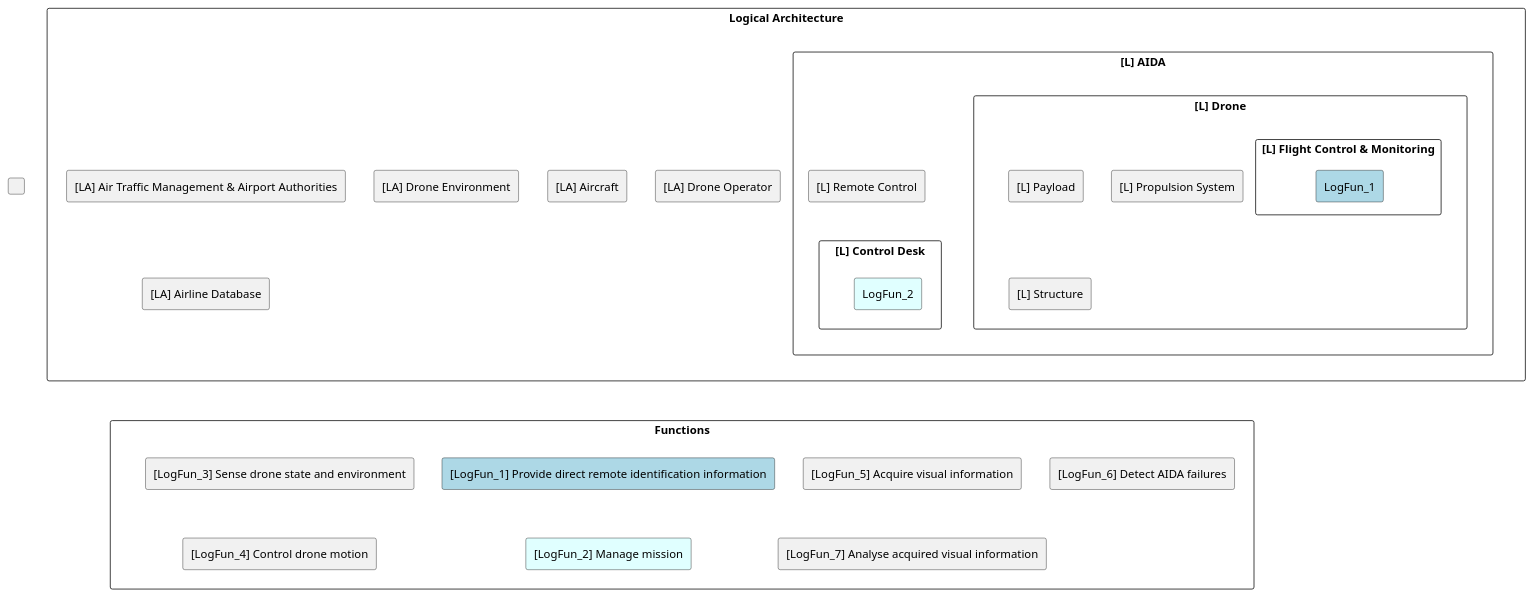
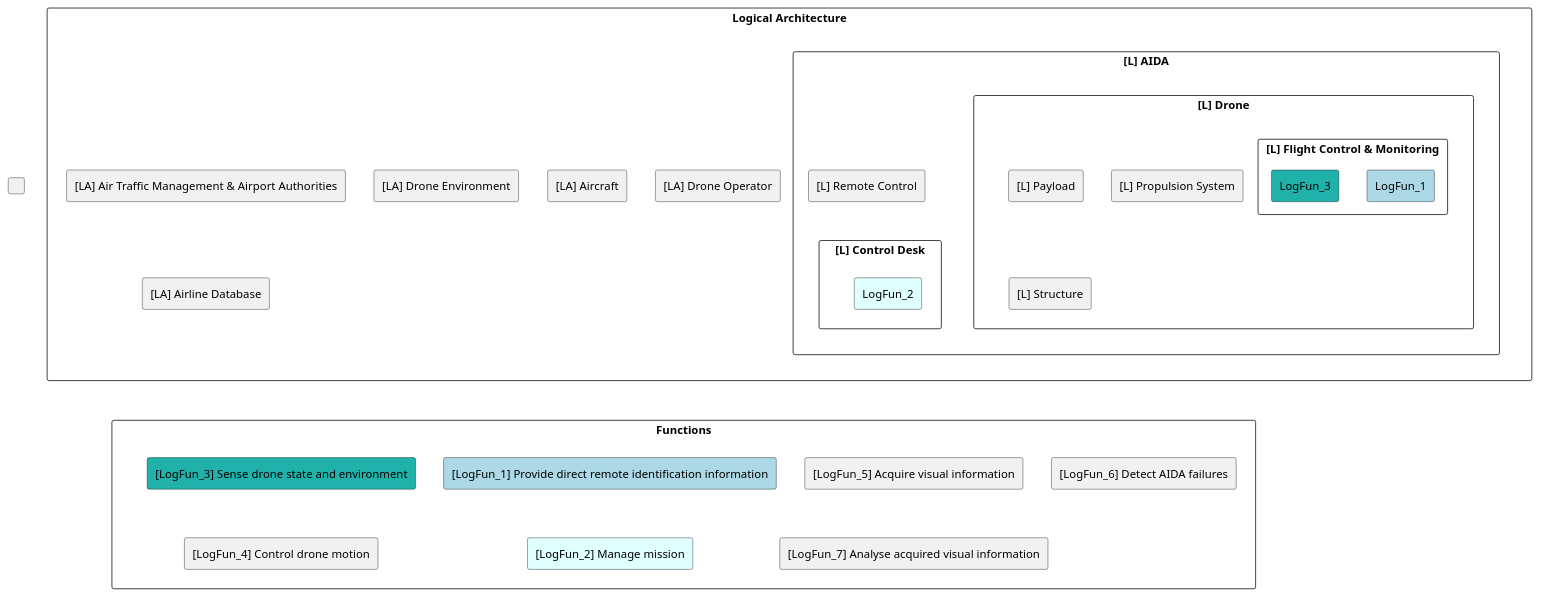
One commit to nidhal-selmi/DeciMaLExample changed the diagram in DroneDevelopment.plantuml. Above: the diagram before and after it, drawn with PlantUML.

Commit message:
Assigned Log Fun 3

```diff
--- a/DroneDevelopment.plantuml
+++ b/DroneDevelopment.plantuml
@@ -1,43 +1,44 @@
 @startuml
 !pragma useVerticalIf on        
 rectangle LA as "Logical Architecture" {
     rectangle "[L] AIDA" {
         rectangle "[L] Drone" as Drone {
             rectangle FlightControl as "[L] Flight Control & Monitoring" {
                 rectangle "LogFun_1" #lightblue
+                rectangle "LogFun_3" #LightSeaGreen
             }
             rectangle PL as "[L] Payload"
             rectangle PS as "[L] Propulsion System"
             rectangle STR as "[L] Structure"
         }
         rectangle DESK as "[L] Control Desk" {
                 rectangle "LogFun_2" #LightCyan
             }
         rectangle REMOTE as "[L] Remote Control"
     }
 DESK -[hidden]u-> REMOTE
     rectangle OP as "[LA] Drone Operator"
     rectangle MGMNT as "[LA] Air Traffic Management & Airport Authorities"
     rectangle ENV as "[LA] Drone Environment"
     rectangle AC as "[LA] Aircraft"
     rectangle DTBS as "[LA] Airline Database"
 }
 
 rectangle "Functions" as Functions {
     rectangle LF1 as "[LogFun_1] Provide direct remote identification information" #lightblue
     rectangle LF2 as "[LogFun_2] Manage mission" #LightCyan
-    rectangle LF3 as "[LogFun_3] Sense drone state and environment"
+    rectangle LF3 as "[LogFun_3] Sense drone state and environment" #LightSeaGreen
     rectangle LF4 as "[LogFun_4] Control drone motion"
     rectangle LF5 as "[LogFun_5] Acquire visual information"
     rectangle LF6 as "[LogFun_6] Detect AIDA failures"
     rectangle LF7 as "[LogFun_7] Analyse acquired visual information"
 }
 LF1 -[hidden]d-> LF2
 LF3 -[hidden]d-> LF4
 rectangle HELP as " "
 HELP -[hidden]r-> LA
 HELP -[hidden]r-> Functions
 LA --[hidden]d--> Functions
 Drone -[hidden]l-> OP
 AC -[hidden]l-> Drone
 @enduml
```
